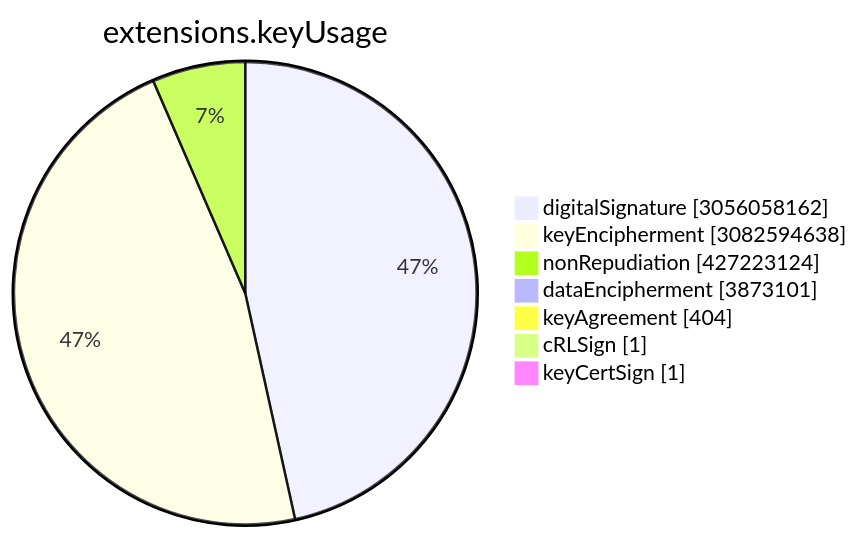
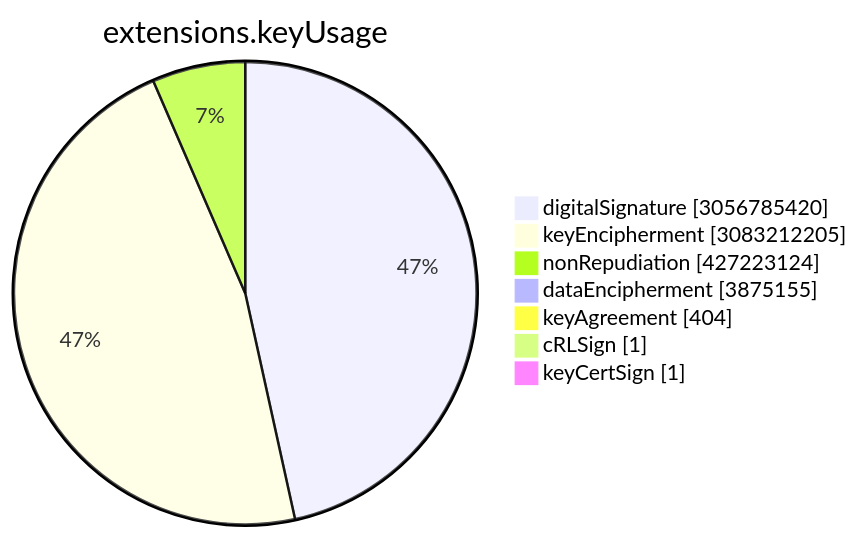
Before and after one commit to christiankrug/ctmonitor_visualization: the sixth of 15 diagrams in TOTAL/README.md, drawn with Mermaid. The commit also changed other lines of this file, not shown here.

````diff
--- a/TOTAL/README.md
+++ b/TOTAL/README.md
@@ -3077,11 +3077,11 @@
 ```mermaid
 pie showData
 title extensions.keyUsage
-"digitalSignature" :3056058162
-"keyEncipherment" :3082594638
+"digitalSignature" :3056785420
+"keyEncipherment" :3083212205
 "nonRepudiation" :427223124
-"dataEncipherment" :3873101
+"dataEncipherment" :3875155
 "keyAgreement" :404
 "cRLSign" :1
 "keyCertSign" :1
 ```
````
